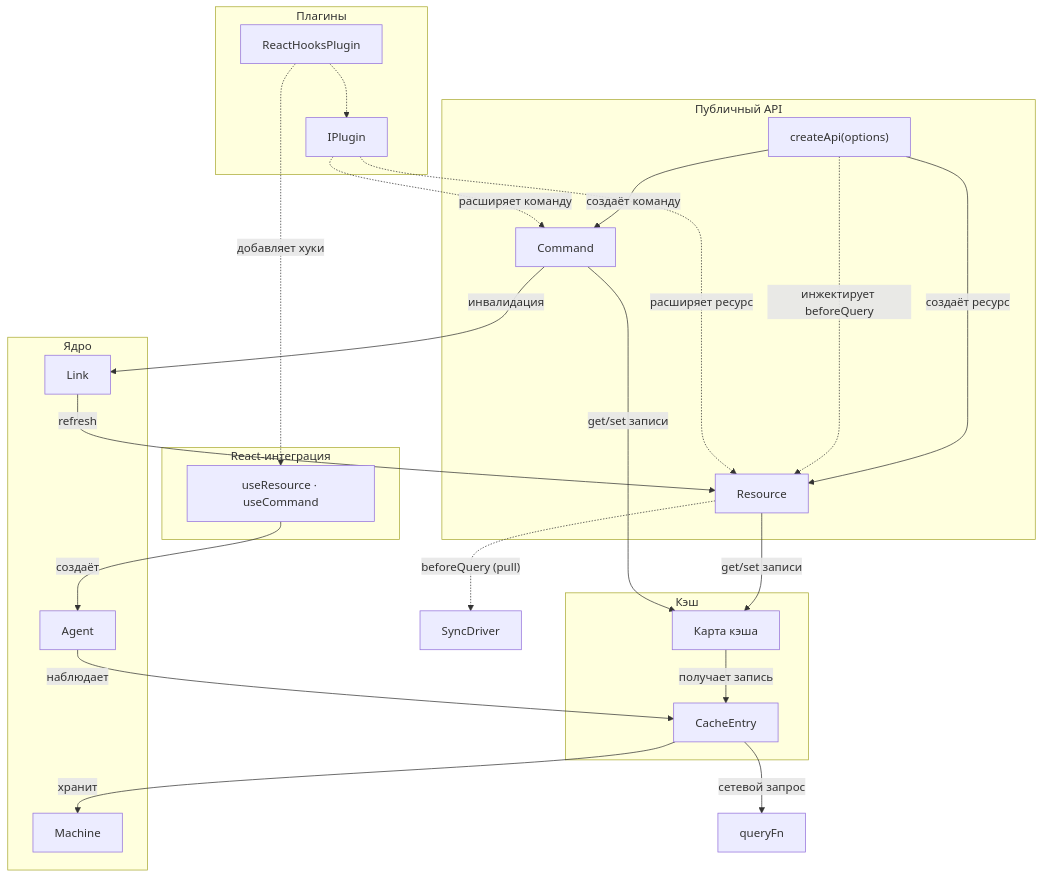
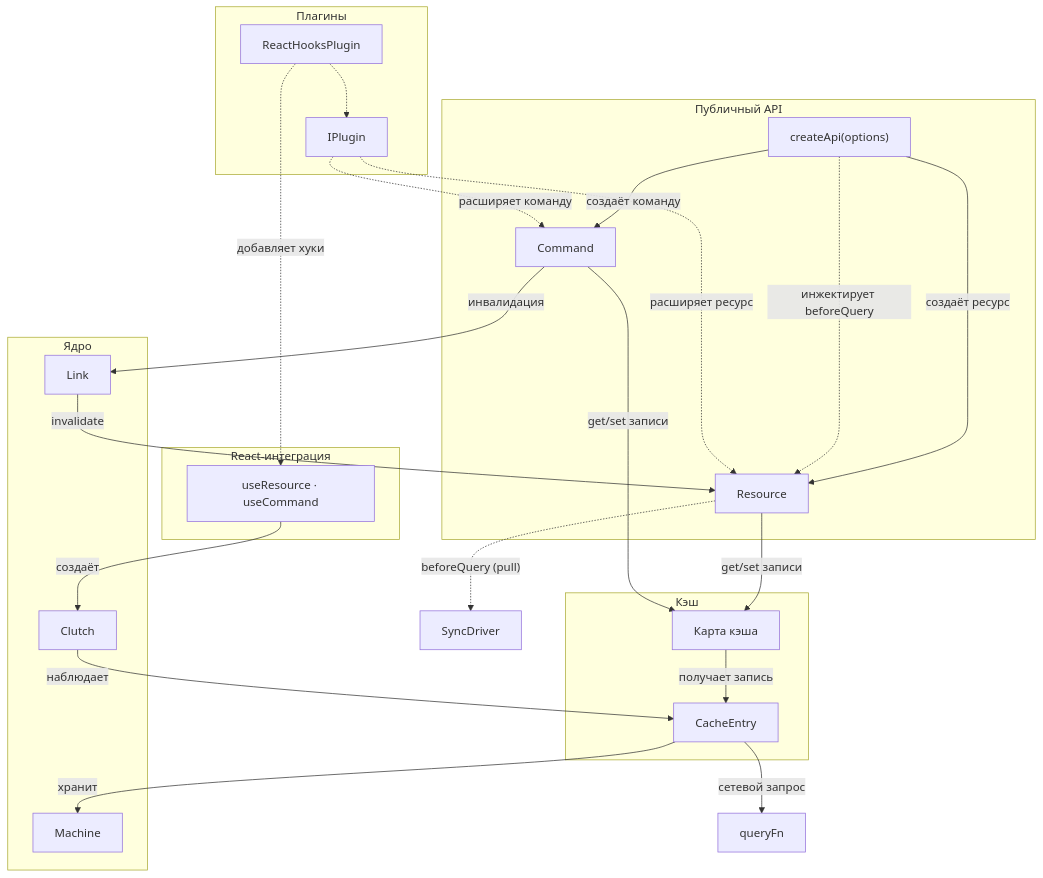
One commit to fozy-labs/rx-toolkit changed the diagram in docs/query/concepts/architecture.md. Above: the diagram before and after it, drawn with Mermaid. The commit also changed other lines of this file and 105 other files, not shown here.

````diff
--- a/docs/query/concepts/architecture.md
+++ b/docs/query/concepts/architecture.md
@@ -9,54 +9,54 @@
 ```mermaid
 graph TD
     subgraph api ["Публичный API"]
         CREATE_API["createApi(options)"]
         RES["Resource"]
         CMD["Command"]
     end
 
     subgraph cache ["Кэш"]
         CMAP["Карта кэша"]
         ENTRY["CacheEntry"]
     end
 
     subgraph core ["Ядро"]
         MACHINE["Machine"]
-        AGENT["Agent"]
+        CLUTCH["Clutch"]
         LINK["Link"]
     end
 
     subgraph plugins ["Плагины"]
         IPLUG["IPlugin"]
         REACT_PLG["ReactHooksPlugin"]
     end
 
     subgraph react ["React-интеграция"]
         HOOKS["useResource · useCommand"]
     end
 
     QUERYFN["queryFn"]
     SYNC["SyncDriver"]
 
     CREATE_API -- "создаёт ресурс" --> RES
     CREATE_API -- "создаёт команду" --> CMD
     CREATE_API -. "инжектирует beforeQuery" .-> RES
 
     REACT_PLG -.-> IPLUG
     IPLUG -. "расширяет ресурс" .-> RES
     IPLUG -. "расширяет команду" .-> CMD
     REACT_PLG -. "добавляет хуки" .-> HOOKS
 
     RES -- "get/set записи" --> CMAP
     CMD -- "get/set записи" --> CMAP
     CMAP -- "получает запись" --> ENTRY
     ENTRY -- "хранит" --> MACHINE
     ENTRY -- "сетевой запрос" --> QUERYFN
 
     CMD -- "инвалидация" --> LINK
-    LINK -- "refresh" --> RES
+    LINK -- "invalidate" --> RES
 
     RES -. "beforeQuery (pull)" .-> SYNC
 
-    HOOKS -- "создаёт" --> AGENT
-    AGENT -- "наблюдает" --> ENTRY
+    HOOKS -- "создаёт" --> CLUTCH
+    CLUTCH -- "наблюдает" --> ENTRY
 ```
````
